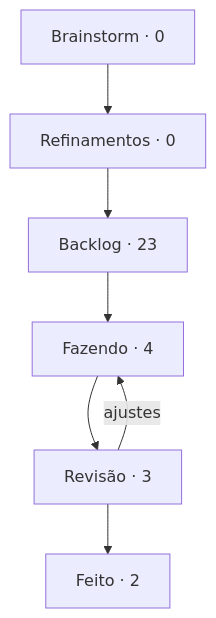
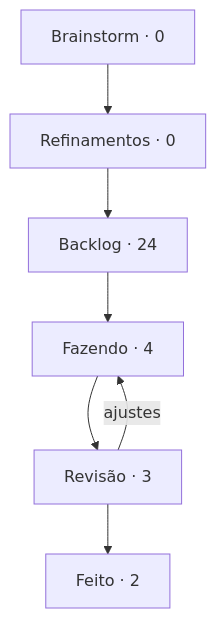
The diagram in boards/dungeon-bend/BOARD.md (StudioVibi/VibiKanban), drawn with Mermaid before and after one commit. The commit also changed other lines of this file and 2 other files, not shown here.

````diff
--- a/boards/dungeon-bend/BOARD.md
+++ b/boards/dungeon-bend/BOARD.md
@@ -5,12 +5,12 @@
 ```mermaid
 flowchart TD
   brainstorm["Brainstorm · 0"] --> refinamentos["Refinamentos · 0"]
-  refinamentos --> backlog["Backlog · 23"]
+  refinamentos --> backlog["Backlog · 24"]
   backlog --> doing["Fazendo · 4"]
   doing --> review["Revisão · 3"]
   review --> done["Feito · 2"]
   review -->|ajustes| doing
   doing:::blue
   review:::yellow
   done:::green
 ```
````
